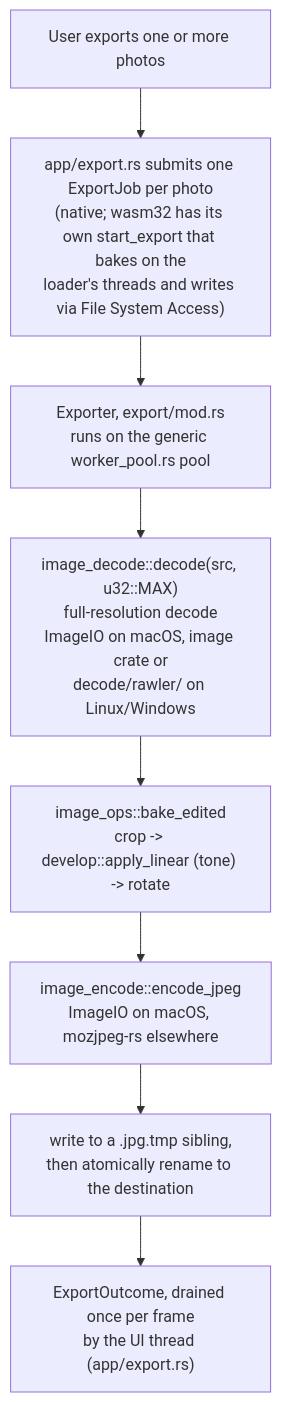
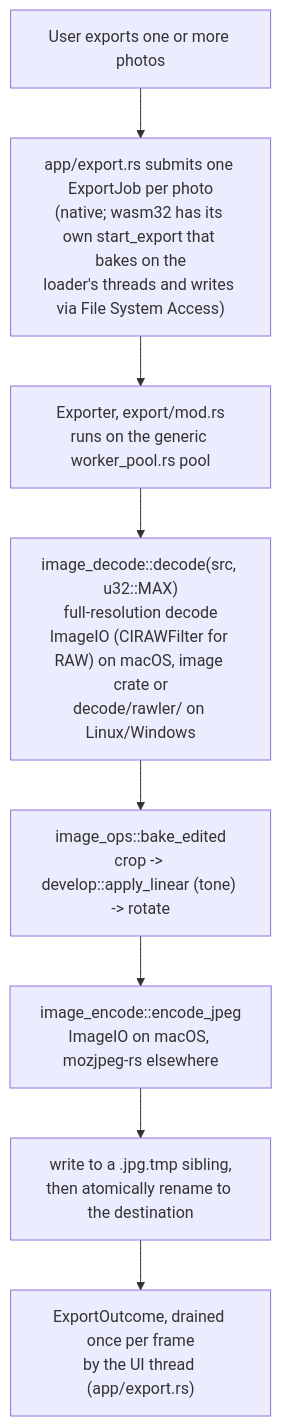
The third of 4 diagrams in docs/ARCHITECTURE.md (andrewyao/lightphotos), drawn with Mermaid before and after one commit. The commit also changed other lines of this file and 5 other files, not shown here.

First line of the commit message:
perf(decode): Decode full-size RAW through CIRAWFilter on macOS

````diff
--- a/docs/ARCHITECTURE.md
+++ b/docs/ARCHITECTURE.md
@@ -221,11 +222,11 @@
 ```mermaid
 flowchart TD
     exportbtn["User exports one or more photos"]
     exportbtn --> submit["app/export.rs submits one ExportJob per photo\n(native; wasm32 has its own start_export that bakes on the\nloader's threads and writes via File System Access)"]
     submit --> pool["Exporter, export/mod.rs\nruns on the generic worker_pool.rs pool"]
-    pool --> decode["image_decode::decode(src, u32::MAX)\nfull-resolution decode\nImageIO on macOS, image crate or\ndecode/rawler/ on Linux/Windows"]
+    pool --> decode["image_decode::decode(src, u32::MAX)\nfull-resolution decode\nImageIO (CIRAWFilter for RAW) on macOS, image crate or\ndecode/rawler/ on Linux/Windows"]
     decode --> bake["image_ops::bake_edited\ncrop -> develop::apply_linear (tone) -> rotate"]
     bake --> encode["image_encode::encode_jpeg\nImageIO on macOS, mozjpeg-rs elsewhere"]
     encode --> write["write to a .jpg.tmp sibling,\nthen atomically rename to the destination"]
     write --> outcome["ExportOutcome, drained once per frame\nby the UI thread (app/export.rs)"]
 ```
````
